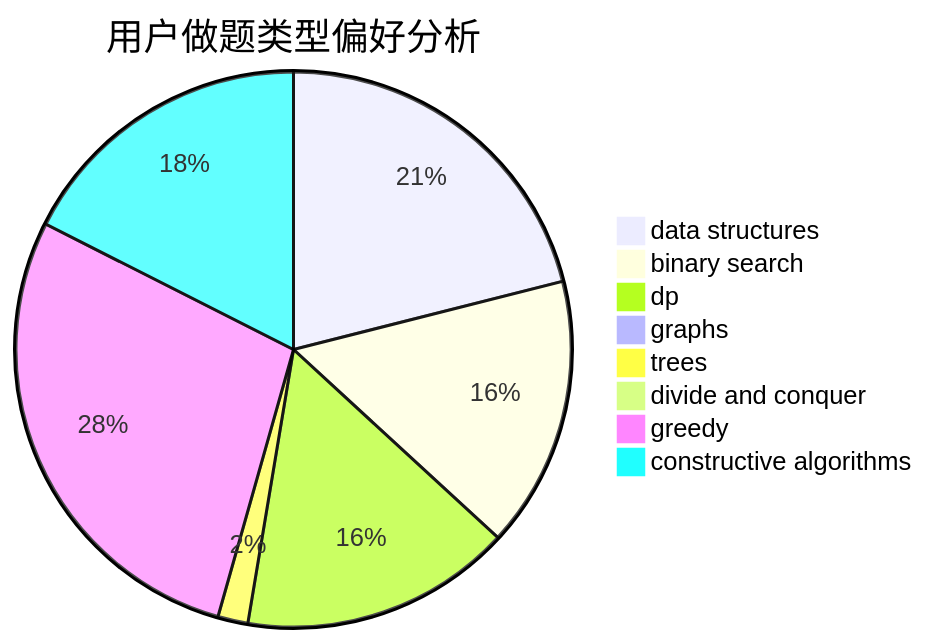
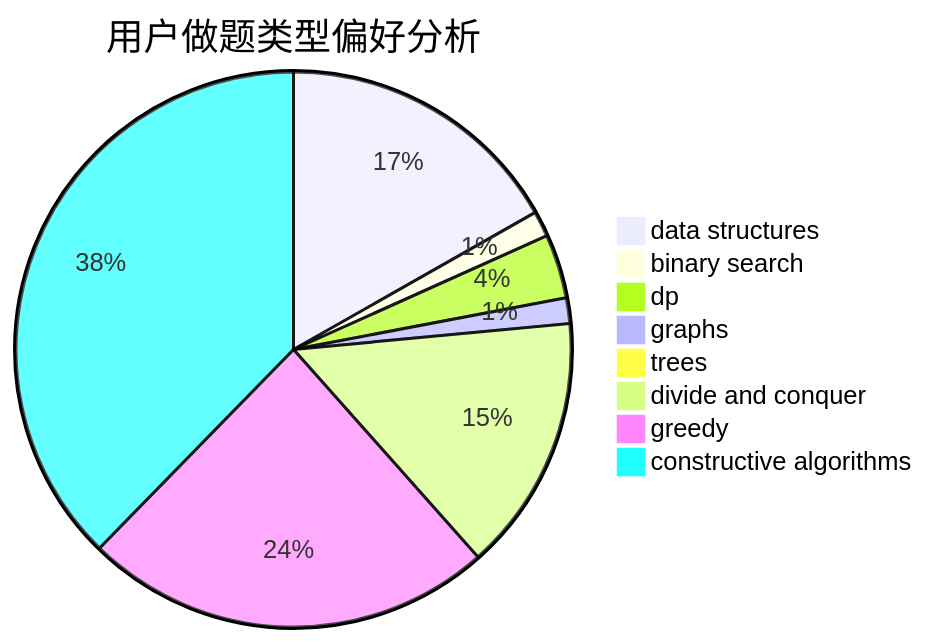
The second of 3 diagrams in docs/user/u1263.md (sherpahu/cfrs.github.io), drawn with Mermaid before and after one commit. The commit also changed other lines of this file and 2770 other files, not shown here.

````diff
--- a/docs/user/u1263.md
+++ b/docs/user/u1263.md
@@ -23,11 +23,11 @@
 ```mermaid
 pie title 用户做题类型偏好分析
-    "data structures" :  12
-    "binary search" :  9
-    "dp" :  9
-    "graphs" :  0
-    "trees" :  1
-    "divide and conquer" :  0
-    "greedy" :  16
-    "constructive algorithms" :  10
+    "data structures" :  45
+    "binary search" :  4
+    "dp" :  10
+    "graphs" :  4
+    "trees" :  0
+    "divide and conquer" :  40
+    "greedy" :  64
+    "constructive algorithms" :  101
 ```
````
